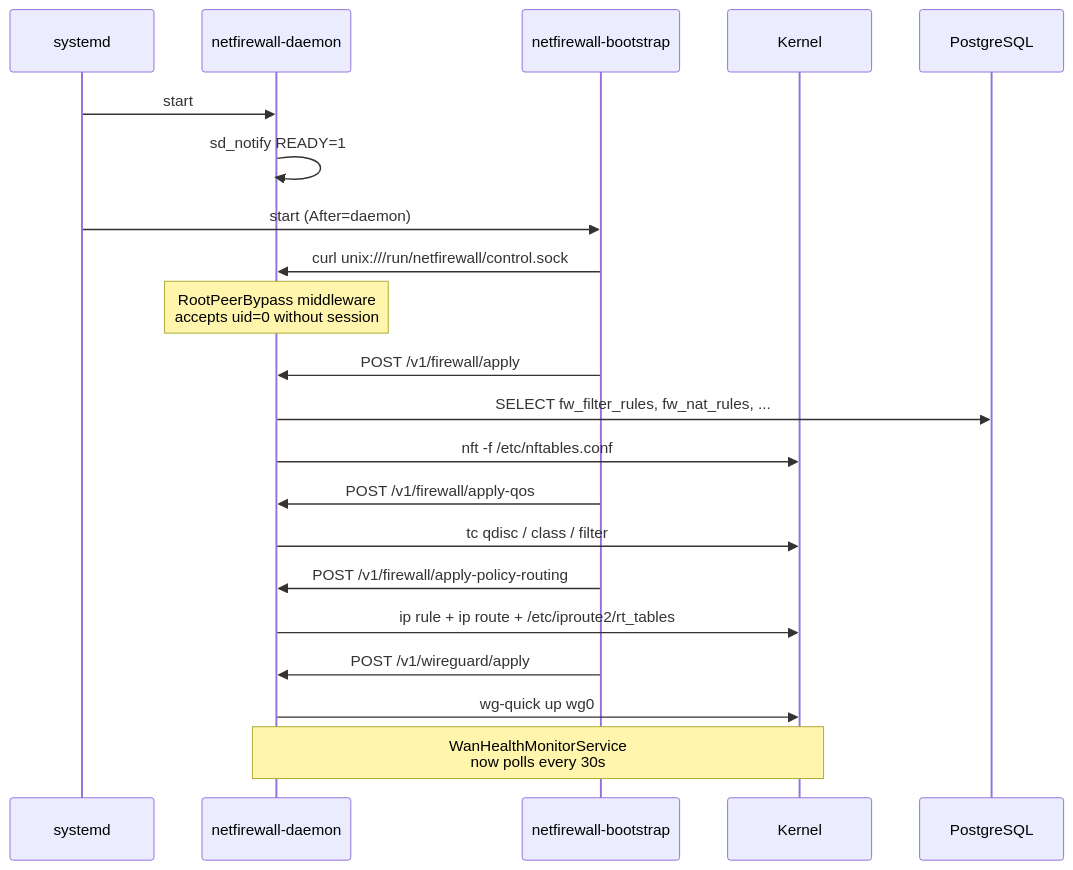
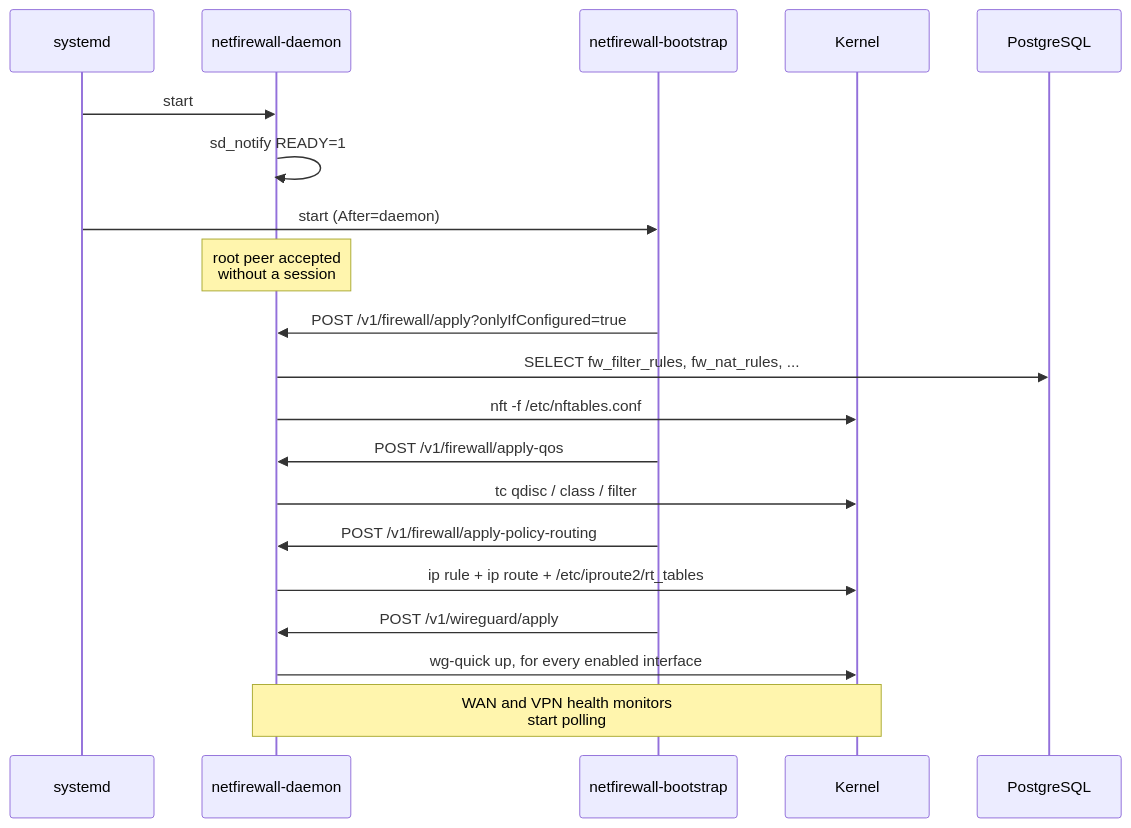
Before and after one commit to mchinchilla/NetFirewall: the third of 5 diagrams in README.md, drawn with Mermaid. The commit also changed other lines of this file and 7 other files, not shown here.

````diff
--- a/README.md
+++ b/README.md
@@ -262,24 +284,23 @@
 ```mermaid
 sequenceDiagram
     participant systemd
     participant Daemon as netfirewall-daemon
     participant Bootstrap as netfirewall-bootstrap
     participant Kernel
     participant DB as PostgreSQL
 
     systemd->>Daemon: start
     Daemon->>Daemon: sd_notify READY=1
     systemd->>Bootstrap: start (After=daemon)
-    Bootstrap->>Daemon: curl unix:///run/netfirewall/control.sock
-    Note over Daemon: RootPeerBypass middleware<br/>accepts uid=0 without session
-    Bootstrap->>Daemon: POST /v1/firewall/apply
+    Note over Daemon: root peer accepted<br/>without a session
+    Bootstrap->>Daemon: POST /v1/firewall/apply?onlyIfConfigured=true
     Daemon->>DB: SELECT fw_filter_rules, fw_nat_rules, ...
     Daemon->>Kernel: nft -f /etc/nftables.conf
     Bootstrap->>Daemon: POST /v1/firewall/apply-qos
     Daemon->>Kernel: tc qdisc / class / filter
     Bootstrap->>Daemon: POST /v1/firewall/apply-policy-routing
     Daemon->>Kernel: ip rule + ip route + /etc/iproute2/rt_tables
     Bootstrap->>Daemon: POST /v1/wireguard/apply
-    Daemon->>Kernel: wg-quick up wg0
-    Note over Daemon,Kernel: WanHealthMonitorService<br/>now polls every 30s
+    Daemon->>Kernel: wg-quick up, for every enabled interface
+    Note over Daemon,Kernel: WAN and VPN health monitors<br/>start polling
 ```
````
